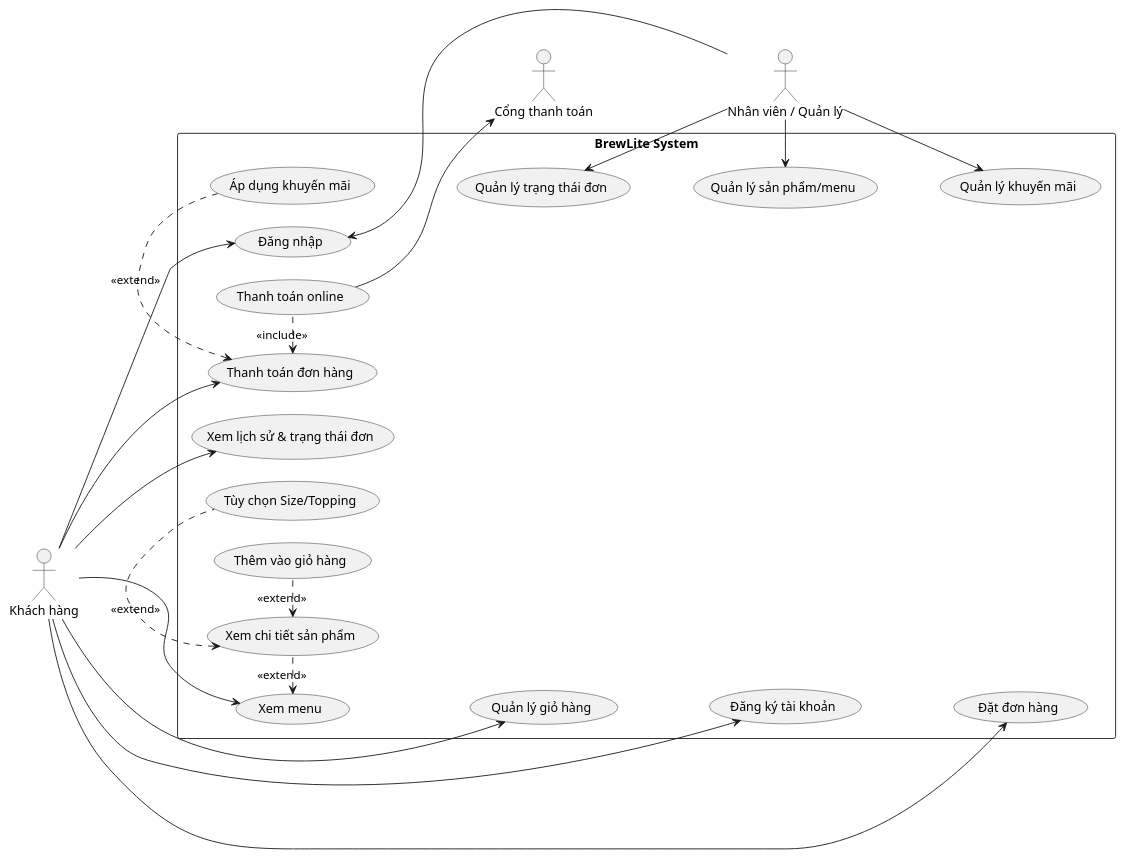
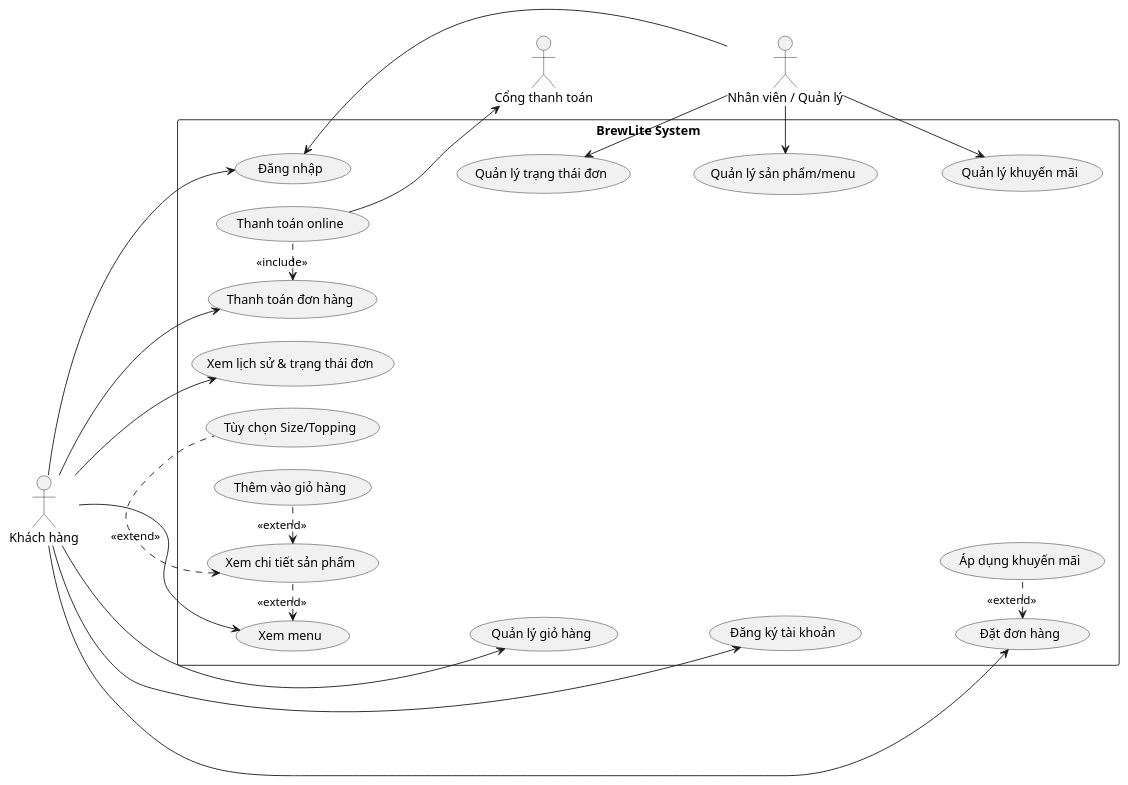
One commit to minhhhao12/brewlite changed the diagram in docs/requirements/use-case-overview.puml. Above: the diagram before and after it, drawn with PlantUML. The commit also changed 8 other files, not shown here.

Commit message:
docs(task2): Thêm vào Sequence, Activity, Class diagram - Điều chỉnh ma trận truy vết - Chỉnh sửa srs.md: Mô tả chi tiết FR hơn. - Vẽ lại Use case thanh toán

```diff
--- a/docs/requirements/use-case-overview.puml
+++ b/docs/requirements/use-case-overview.puml
@@ -1,63 +1,63 @@
 @startuml
 ' Canonical IDs khớp srs.md: UC-01..UC-12
 ' Các node phụ hậu tố "a" (UC-04a, UC-08a, UC-12a) là sub-step, không tách khỏi FR gốc.
 left to right direction
 skinparam packageStyle rectangle
 skinparam ranksep 70
 skinparam nodesep 25
 
 actor "Khách hàng" as Customer
 actor "Nhân viên / Quản lý" as Staff
 actor "Cổng thanh toán" as PaymentGateway
 
 rectangle "BrewLite System" {
 ' --- Menu ---
 usecase "Xem menu" as UC_01
 usecase "Xem chi tiết sản phẩm" as UC_02
 usecase "Tùy chọn Size/Topping" as UC_03
 usecase "Thêm vào giỏ hàng" as UC_04a
 
 ' --- Giỏ hàng & Tài khoản ---
 usecase "Quản lý giỏ hàng" as UC_04
 usecase "Đăng ký tài khoản" as UC_05
 usecase "Đăng nhập" as UC_06
 
 ' --- Đặt hàng & Thanh toán ---
 usecase "Đặt đơn hàng" as UC_07
 usecase "Thanh toán đơn hàng" as UC_08
 usecase "Áp dụng khuyến mãi" as UC_09
 usecase "Thanh toán online" as UC_08a
 
 ' --- Lịch sử & Quản lý ---
 usecase "Xem lịch sử & trạng thái đơn" as UC_10
 usecase "Quản lý trạng thái đơn" as UC_11
 usecase "Quản lý sản phẩm/menu" as UC_12
 usecase "Quản lý khuyến mãi" as UC_12a
 }
 
 UC_01 -[hidden]down- UC_04
 UC_04 -[hidden]down- UC_05
 UC_05 -[hidden]down- UC_07
 UC_10 -[hidden]down- UC_11
 UC_11 -[hidden]down- UC_12
 UC_12 -[hidden]down- UC_12a
 
 Customer --> UC_01
 Customer --> UC_04
 Customer --> UC_05
 Customer --> UC_06
 Customer --> UC_07
 Customer --> UC_10
 Customer --> UC_08
 UC_02 .left.> UC_01 : <<extend>>
 UC_03 .left.> UC_02 : <<extend>>
 UC_04a .left.> UC_02 : <<extend>>
-UC_09 .left.> UC_08 : <<extend>>
+UC_09 .left.> UC_07 : <<extend>>
 UC_08a .left.> UC_08 : <<include>>
 UC_08a --> PaymentGateway
 
 Staff --> UC_06
 Staff -left-> UC_11
 Staff -left-> UC_12
 Staff -left-> UC_12a
 @enduml
```
